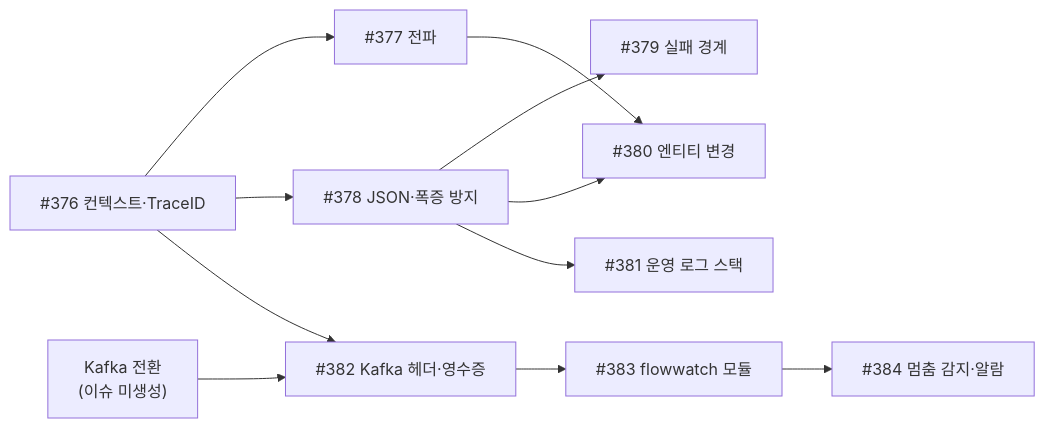
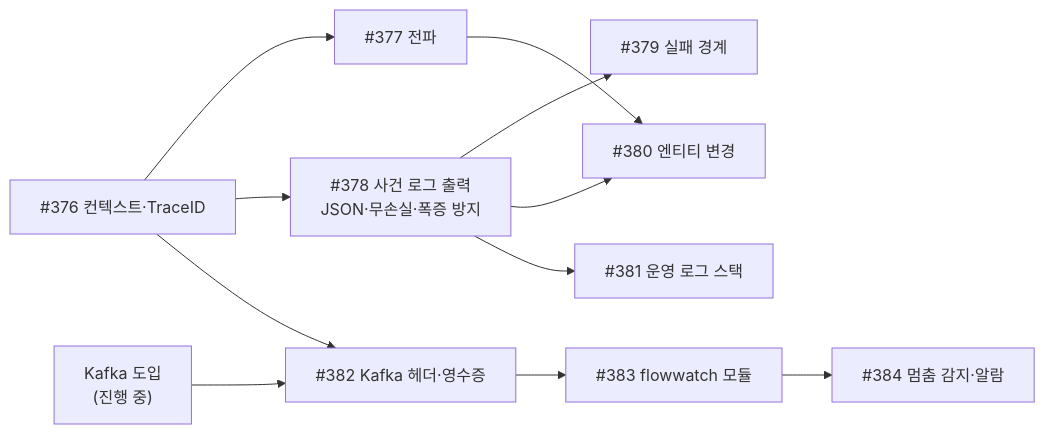
Before and after one commit to prgrms-be-adv-devcourse/beadv8_1_200OK_BE: the second of 2 diagrams in docs/design/order-flow-tracking.md, drawn with Mermaid. The commit also changed other lines of this file and 1 other file, not shown here.

````diff
--- a/docs/design/order-flow-tracking.md
+++ b/docs/design/order-flow-tracking.md
@@ -310,13 +345,13 @@
 ```mermaid
 flowchart LR
   376["#376 컨텍스트·TraceID"] --> 377["#377 전파"]
-  376 --> 378["#378 JSON·폭증 방지"]
+  376 --> 378["#378 사건 로그 출력<br/>JSON·무손실·폭증 방지"]
   378 --> 379["#379 실패 경계"]
   377 --> 380["#380 엔티티 변경"]
   378 --> 380
   378 --> 381["#381 운영 로그 스택"]
-  K["Kafka 전환<br/>(이슈 미생성)"] --> 382["#382 Kafka 헤더·영수증"]
+  K["Kafka 도입<br/>(진행 중)"] --> 382["#382 Kafka 헤더·영수증"]
   376 --> 382
   382 --> 383["#383 flowwatch 모듈"]
   383 --> 384["#384 멈춤 감지·알람"]
 ```
````
